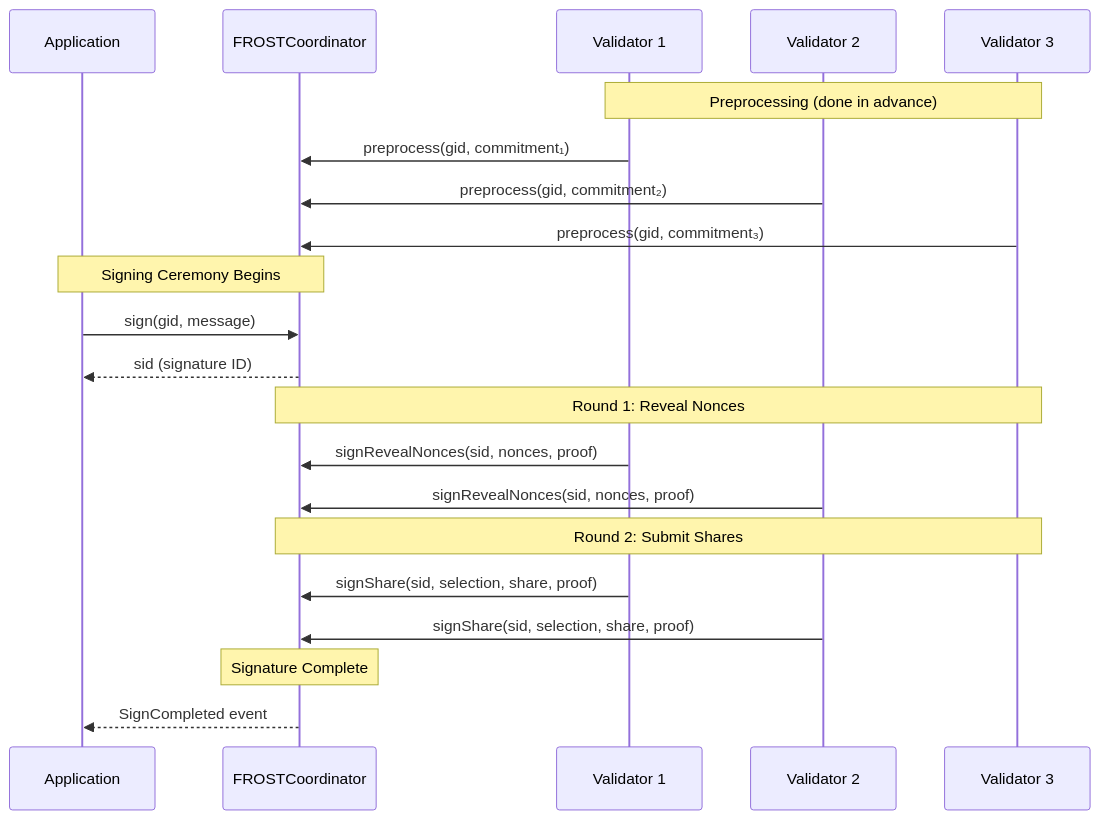
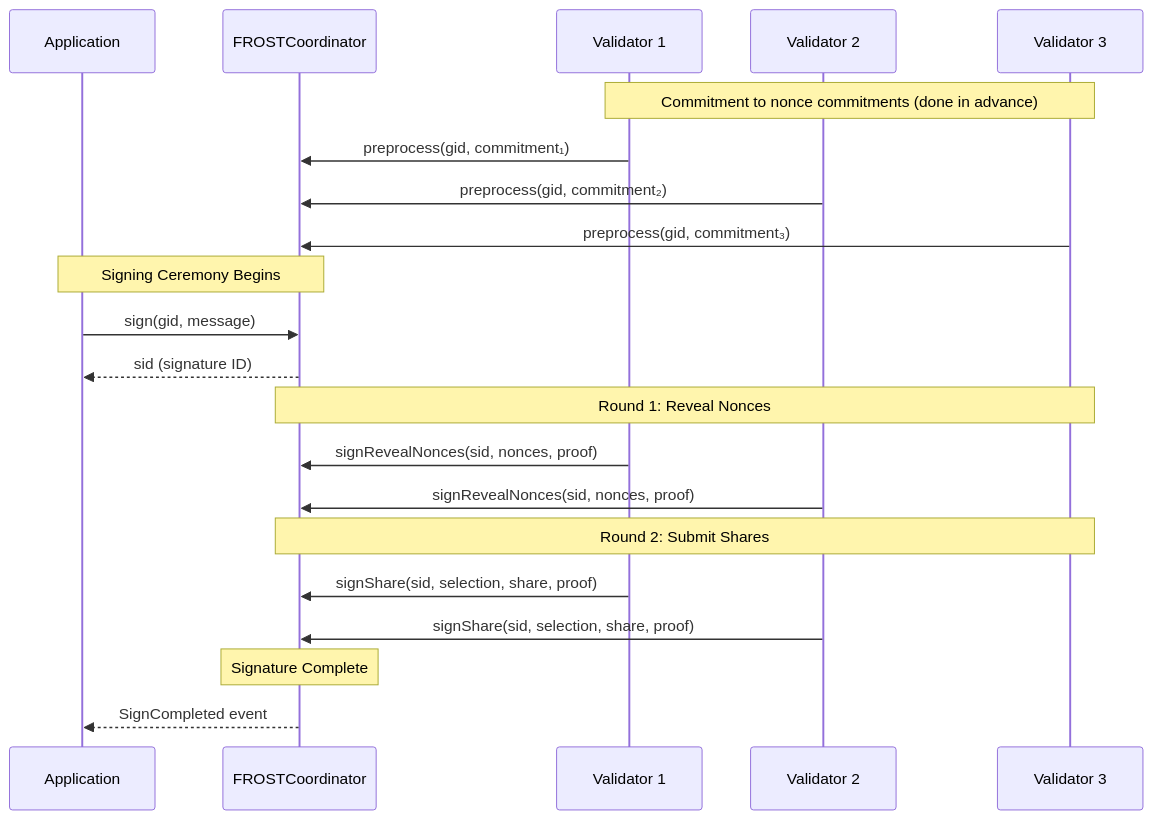
The second of 3 diagrams in safenet/protocol/frost-coordinator.md (safe-fndn/safe-docs), drawn with Mermaid before and after one commit. The commit also changed other lines of this file and 5 other files, not shown here.

````diff
--- a/safenet/protocol/frost-coordinator.md
+++ b/safenet/protocol/frost-coordinator.md
@@ -107,28 +98,28 @@
 ```mermaid
 sequenceDiagram
     participant App as Application
     participant Coord as FROSTCoordinator
     participant V1 as Validator 1
     participant V2 as Validator 2
     participant V3 as Validator 3
     
-    Note over V1,V3: Preprocessing (done in advance)
+    Note over V1,V3: Commitment to nonce commitments (done in advance)
     V1->>Coord: preprocess(gid, commitment₁)
     V2->>Coord: preprocess(gid, commitment₂)
     V3->>Coord: preprocess(gid, commitment₃)
     
     Note over App,Coord: Signing Ceremony Begins
     App->>Coord: sign(gid, message)
     Coord-->>App: sid (signature ID)
     
     Note over Coord,V3: Round 1: Reveal Nonces
     V1->>Coord: signRevealNonces(sid, nonces, proof)
     V2->>Coord: signRevealNonces(sid, nonces, proof)
     
     Note over Coord,V3: Round 2: Submit Shares
     V1->>Coord: signShare(sid, selection, share, proof)
     V2->>Coord: signShare(sid, selection, share, proof)
     
     Note over Coord: Signature Complete
     Coord-->>App: SignCompleted event
 ```
````
